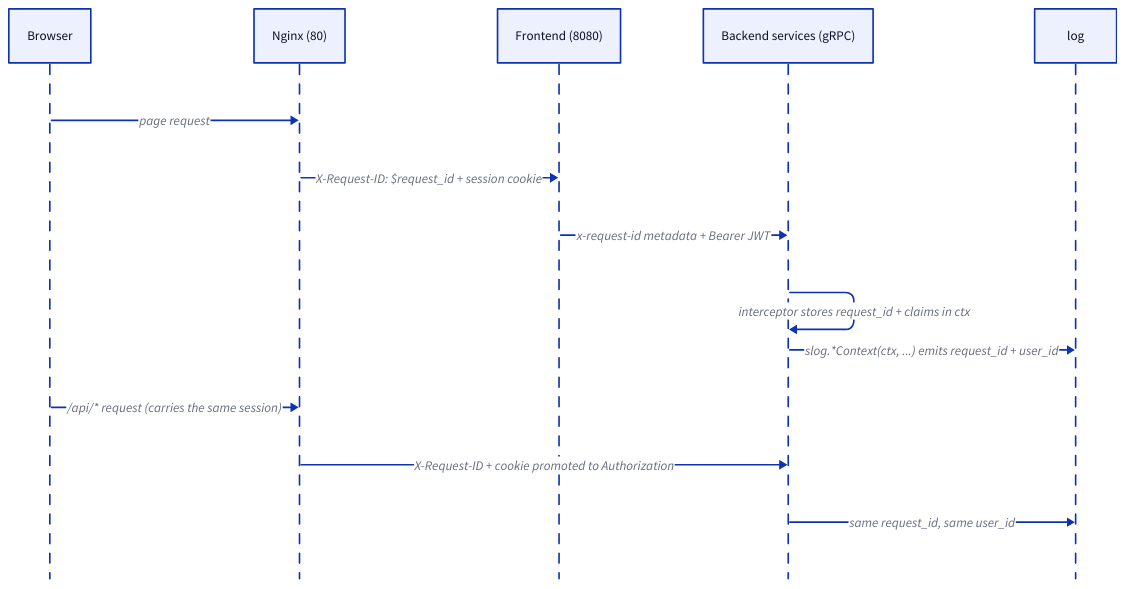
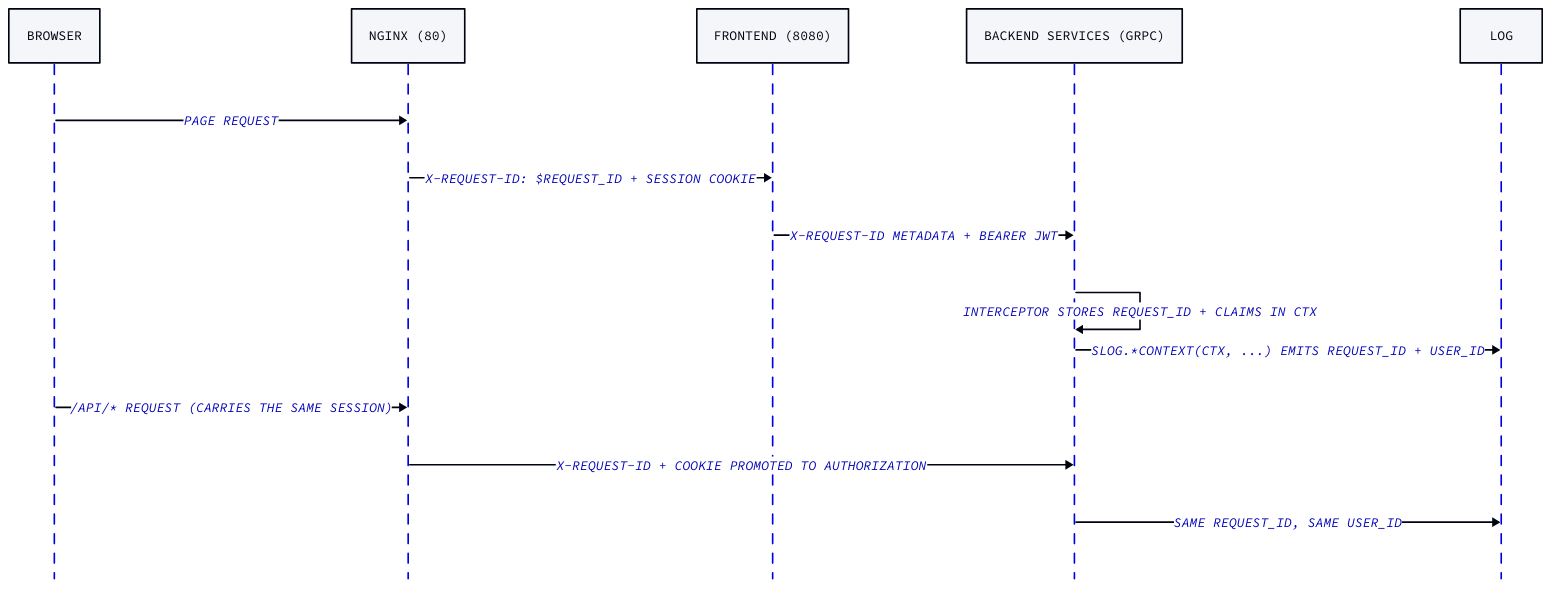
One commit to bundgaard1/Osbourne.AI changed the diagram in docs/diagrams/request_id.d2. Above: the diagram before and after it, drawn with D2. The commit also changed 9 other files, not shown here.

```diff
--- a/docs/diagrams/request_id.d2
+++ b/docs/diagrams/request_id.d2
@@ -1,19 +1,27 @@
+vars: {
+  d2-config: {
+    theme-id: 300
+    layout-engine: elk
+    pad: 0
+  }
+}
+
 shape: sequence_diagram
 
 # Define actors to preserve left-to-right order and custom display labels
 B: Browser
 NG: "Nginx (80)"
 F: "Frontend (8080)"
 S: "Backend services (gRPC)"
 log: log
 
 # Request flow
 B -> NG: page request
 NG -> F: "X-Request-ID: \$request_id + session cookie"
 F -> S: "x-request-id metadata + Bearer JWT"
 S -> S: interceptor stores request_id + claims in ctx
 S -> log: "slog.*Context(ctx, ...) emits request_id + user_id"
 
 B -> NG: "/api/* request (carries the same session)"
 NG -> S: "X-Request-ID + cookie promoted to Authorization"
 S -> log: "same request_id, same user_id"
```
